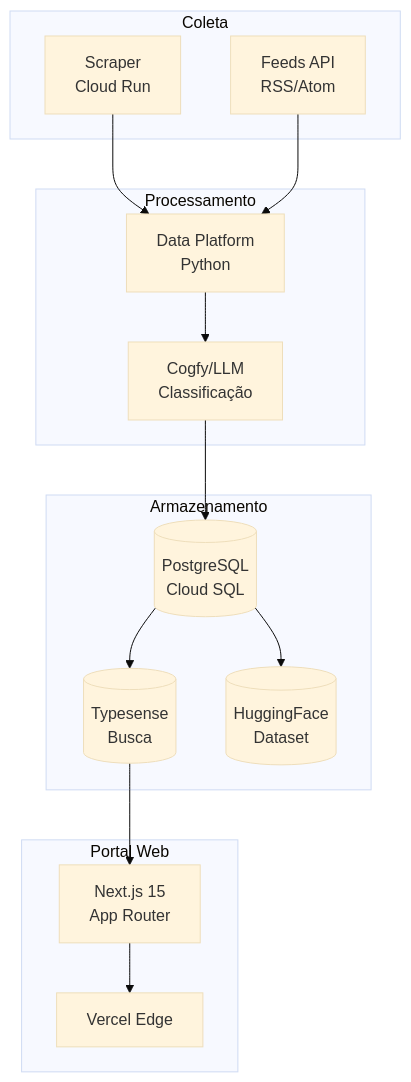
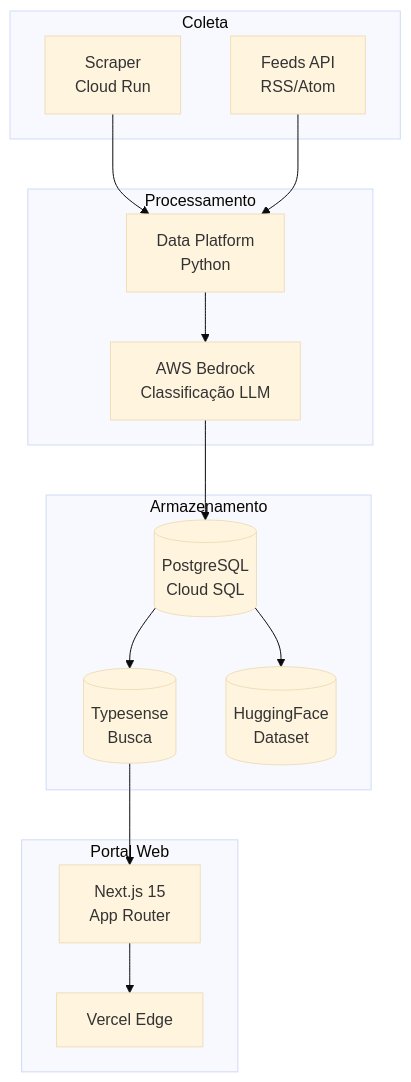
The first of 8 diagrams in docs/relatorios/Relatório-Técnico-DestaquesGovbr-Ontologia-26-05-Versao-01.md (destaquesgovbr/docs), drawn with Mermaid (base theme) before and after one commit. The commit also changed other lines of this file, not shown here.

First line of the commit message:
docs: substitui Cogfy por AWS Bedrock no relatório de ontologia

````diff
--- a/docs/relatorios/Relatório-Técnico-DestaquesGovbr-Ontologia-26-05-Versao-01.md
+++ b/docs/relatorios/Relatório-Técnico-DestaquesGovbr-Ontologia-26-05-Versao-01.md
@@ -111,32 +111,32 @@
 ```mermaid
 graph TB
     subgraph "Coleta"
         SC[Scraper<br/>Cloud Run]
         API[Feeds API<br/>RSS/Atom]
     end
     
     subgraph "Processamento"
         DP[Data Platform<br/>Python]
-        CF[Cogfy/LLM<br/>Classificação]
+        CF[AWS Bedrock<br/>Classificação LLM]
     end
     
     subgraph "Armazenamento"
         PG[(PostgreSQL<br/>Cloud SQL)]
         TS[(Typesense<br/>Busca)]
         HF[(HuggingFace<br/>Dataset)]
     end
     
     subgraph "Portal Web"
         NX[Next.js 15<br/>App Router]
         VC[Vercel Edge]
     end
     
     SC --> DP
     API --> DP
     DP --> CF
     CF --> PG
     PG --> TS
     PG --> HF
     TS --> NX
     NX --> VC
 ```
````
